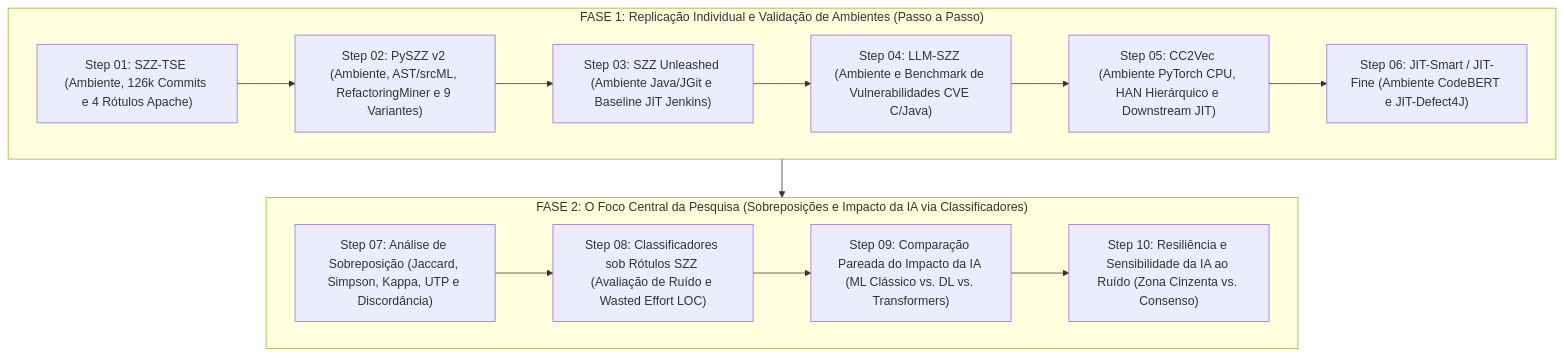
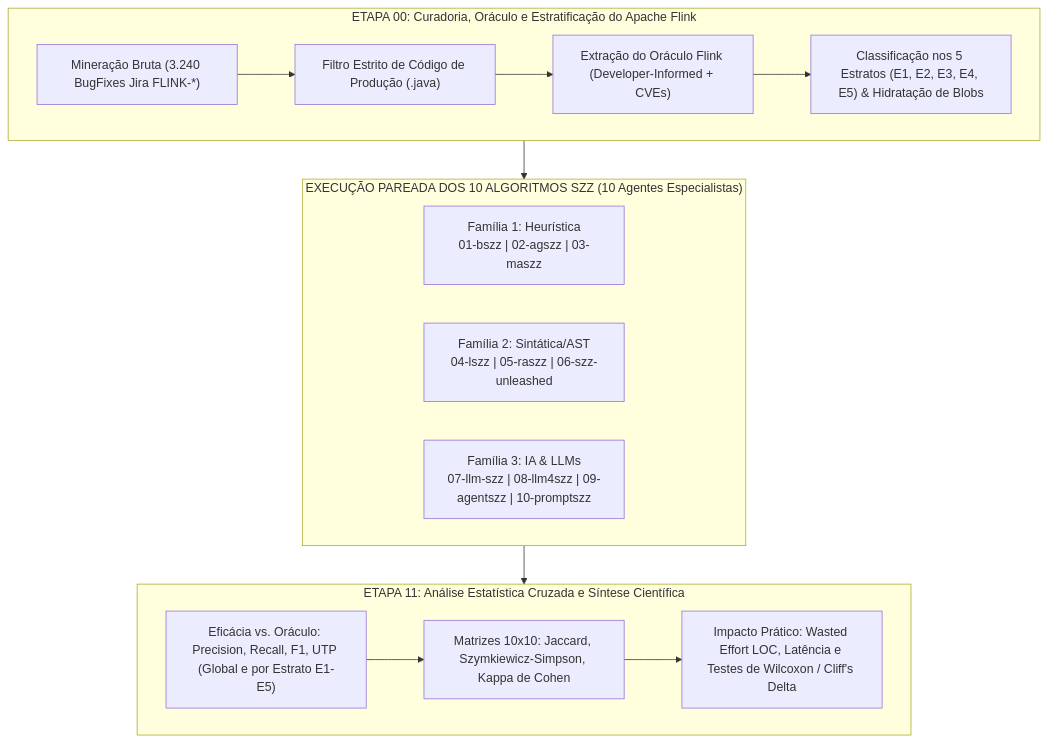
The diagram in docs/04-governanca/protocolo-execucao-experimental.md (ArturHenriqueDeCarvalho/mestrado), drawn with Mermaid before and after one commit. The commit also changed other lines of this file and 80 other files, not shown here.

First line of the commit message:
feat(flink-10-szz): padronizar arquitetura 00-10, 10 agentes especialistas e benchmark estratificado E1-E5 no Apache Flink

````diff
--- a/docs/04-governanca/protocolo-execucao-experimental.md
+++ b/docs/04-governanca/protocolo-execucao-experimental.md
@@ -12,22 +15,26 @@
 ```mermaid
 flowchart TD
-    subgraph F1["FASE 1: Replicação Individual e Validação de Ambientes (Passo a Passo)"]
-        S1["Step 01: SZZ-TSE (Ambiente, 126k Commits e 4 Rótulos Apache)"]
-        S2["Step 02: PySZZ v2 (Ambiente, AST/srcML, RefactoringMiner e 9 Variantes)"]
-        S3["Step 03: SZZ Unleashed (Ambiente Java/JGit e Baseline JIT Jenkins)"]
-        S4["Step 04: LLM-SZZ (Ambiente e Benchmark de Vulnerabilidades CVE C/Java)"]
-        S5["Step 05: CC2Vec (Ambiente PyTorch CPU, HAN Hierárquico e Downstream JIT)"]
-        S6["Step 06: JIT-Smart / JIT-Fine (Ambiente CodeBERT e JIT-Defect4J)"]
-        S1 --> S2 --> S3 --> S4 --> S5 --> S6
+    subgraph F0["ETAPA 00: Curadoria, Oráculo e Estratificação do Apache Flink"]
+        C1["Mineração Bruta (3.240 BugFixes Jira FLINK-*)"]
+        C2["Filtro Estrito de Código de Produção (.java)"]
+        C3["Extração do Oráculo Flink (Developer-Informed + CVEs)"]
+        C4["Classificação nos 5 Estratos (E1, E2, E3, E4, E5) & Hidratação de Blobs"]
+        C1 --> C2 --> C3 --> C4
     end
 
-    subgraph F2["FASE 2: O Foco Central da Pesquisa (Sobreposições e Impacto da IA via Classificadores)"]
-        S7["Step 07: Análise de Sobreposição (Jaccard, Simpson, Kappa, UTP e Discordância)"]
-        S8["Step 08: Classificadores sob Rótulos SZZ (Avaliação de Ruído e Wasted Effort LOC)"]
-        S9["Step 09: Comparação Pareada do Impacto da IA (ML Clássico vs. DL vs. Transformers)"]
-        S10["Step 10: Resiliência e Sensibilidade da IA ao Ruído (Zona Cinzenta vs. Consenso)"]
-        S7 --> S8 --> S9 --> S10
+    subgraph F1["EXECUÇÃO PAREADA DOS 10 ALGORITMOS SZZ (10 Agentes Especialistas)"]
+        direction LR
+        H["Família 1: Heurística<br>01-bszz | 02-agszz | 03-maszz"]
+        S["Família 2: Sintática/AST<br>04-lszz | 05-raszz | 06-szz-unleashed"]
+        L["Família 3: IA & LLMs<br>07-llm-szz | 08-llm4szz | 09-agentszz | 10-promptszz"]
     end
 
-    F1 --> F2
+    subgraph F2["ETAPA 11: Análise Estatística Cruzada e Síntese Científica"]
+        M1["Eficácia vs. Oráculo: Precision, Recall, F1, UTP (Global e por Estrato E1-E5)"]
+        M2["Matrizes 10x10: Jaccard, Szymkiewicz-Simpson, Kappa de Cohen"]
+        M3["Impacto Prático: Wasted Effort LOC, Latência e Testes de Wilcoxon / Cliff's Delta"]
+        M1 --> M2 --> M3
+    end
+
+    F0 --> F1 --> F2
 ```
````
